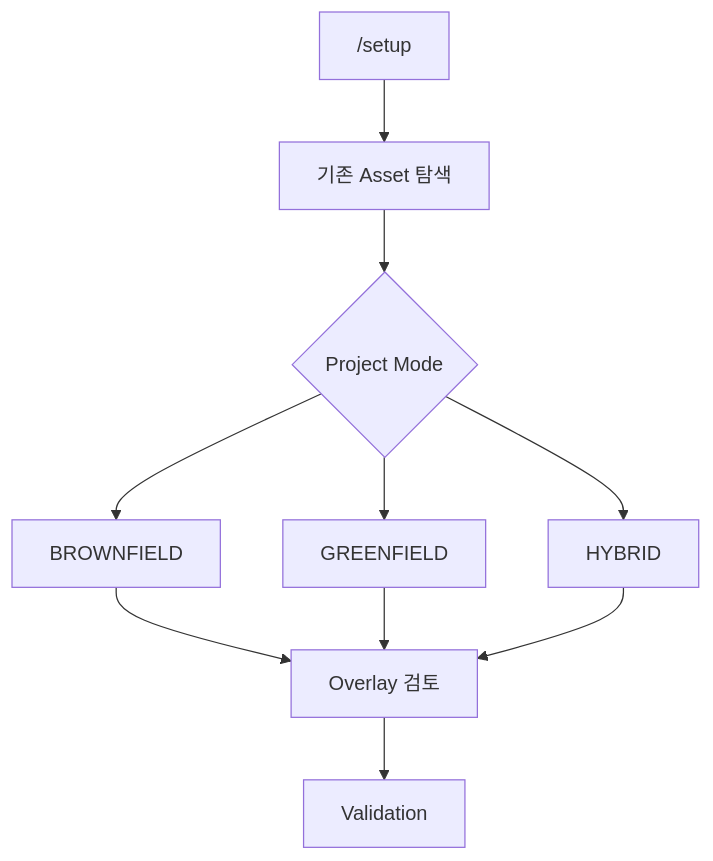
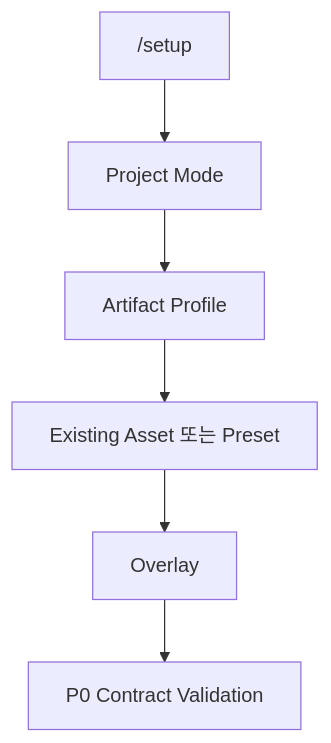
The second of 2 diagrams in sdlc/guides/02_SKILL_사용가이드.md (Seunghyun0606/SDLC_DDD_SDD), drawn with Mermaid before and after one commit. The commit also changed other lines of this file and 5 other files, not shown here.

````diff
--- a/sdlc/guides/02_SKILL_사용가이드.md
+++ b/sdlc/guides/02_SKILL_사용가이드.md
@@ -44,12 +57,8 @@
 ```mermaid
 flowchart TD
-    S["/setup"] --> A["기존 Asset 탐색"]
-    A --> M{"Project Mode"}
-    M --> B["BROWNFIELD"]
-    M --> G["GREENFIELD"]
-    M --> H["HYBRID"]
-    B --> O["Overlay 검토"]
-    G --> O
-    H --> O
-    O --> V["Validation"]
+    S["/setup"] --> A["Project Mode"]
+    A --> F["Artifact Profile"]
+    F --> B["Existing Asset 또는 Preset"]
+    B --> O["Overlay"]
+    O --> V["P0 Contract Validation"]
 ```
````
